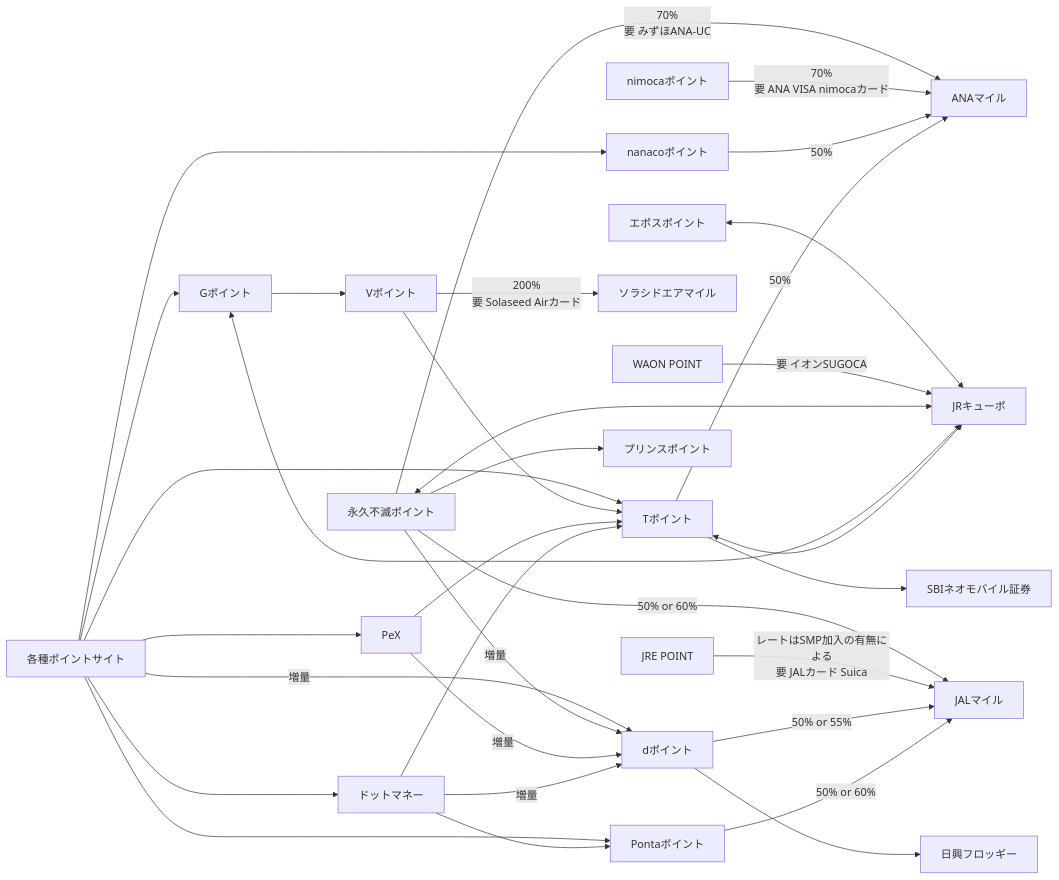
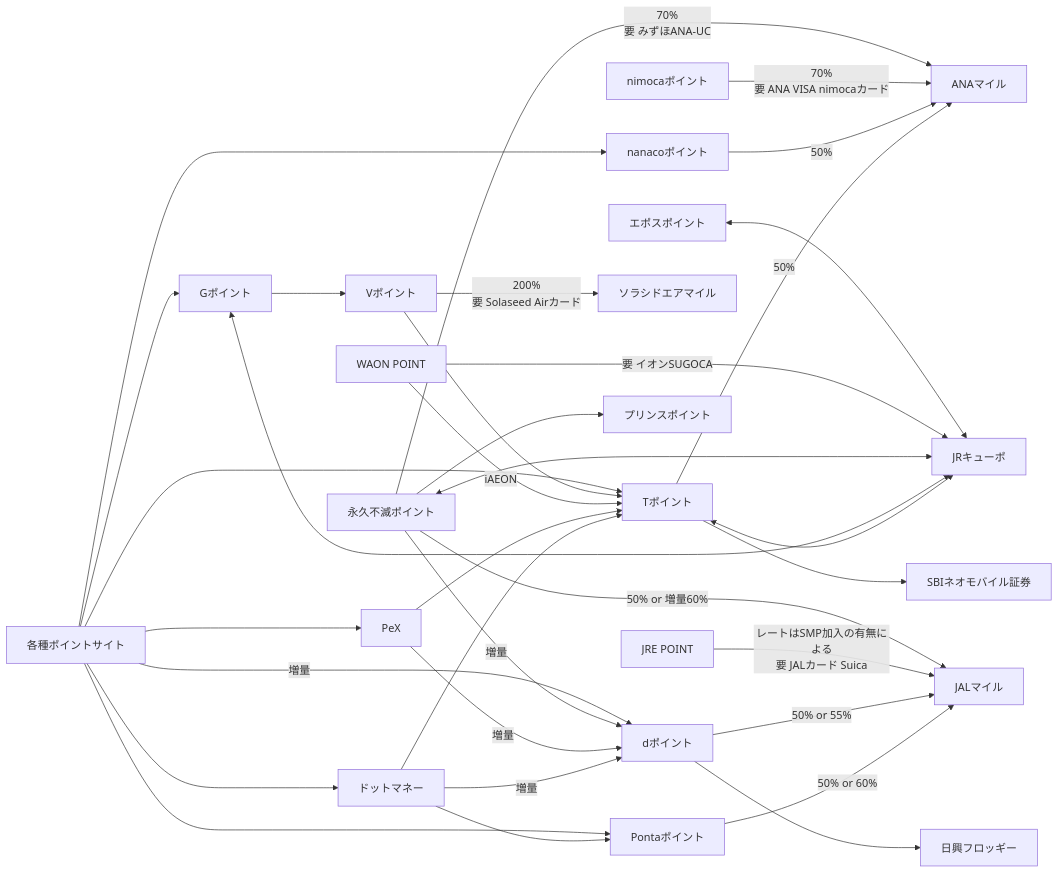
Before and after one commit to hiroxto/point-flow: the diagram in README.md, drawn with Mermaid.

````diff
--- a/README.md
+++ b/README.md
@@ -5,39 +5,40 @@
 ```mermaid
 flowchart LR
 
 各種ポイントサイト-->PeX
 各種ポイントサイト-->ドットマネー
 各種ポイントサイト-->Gポイント
 各種ポイントサイト-->|増量|dポイント
 各種ポイントサイト-->Pontaポイント
 各種ポイントサイト-->Tポイント
 各種ポイントサイト-->nanacoポイント
 
 Vポイント-->|200%\n要 Solaseed Airカード|ソラシドエアマイル
 Vポイント-->Tポイント
 エポスポイント<-->JRキューポ
 WAONP[WAON POINT]-->|要 イオンSUGOCA|JRキューポ
+WAONP-->|iAEON|Tポイント
 永久不滅ポイント<-->JRキューポ
-永久不滅ポイント-->|50% or 60%|JALマイル
+永久不滅ポイント-->|50% or 増量60%|JALマイル
 永久不滅ポイント-->|70%\n要 みずほANA-UC|ANAマイル
 永久不滅ポイント-->|増量|dポイント
 永久不滅ポイント-->プリンスポイント
 JREP[JRE POINT]-->|レートはSMP加入の有無による\n要 JALカード Suica|JALマイル
 
 PeX-->Tポイント
 PeX-->|増量|dポイント
 ドットマネー-->Tポイント
 ドットマネー-->|増量|dポイント
 ドットマネー-->Pontaポイント
 Gポイント-->Vポイント
 Gポイント<-->JRキューポ
 nimocaポイント-->|70%\n要 ANA VISA nimocaカード|ANAマイル
 
 nanacoポイント-->|50%|ANAマイル
 Tポイント-->|50%|ANAマイル
 Tポイント<-->JRキューポ
 dポイント-->|50% or 55%|JALマイル
 Pontaポイント-->|50% or 60%|JALマイル
 dポイント-->日興フロッギー
 Tポイント-->SBIネオモバイル証券
 ```
````
